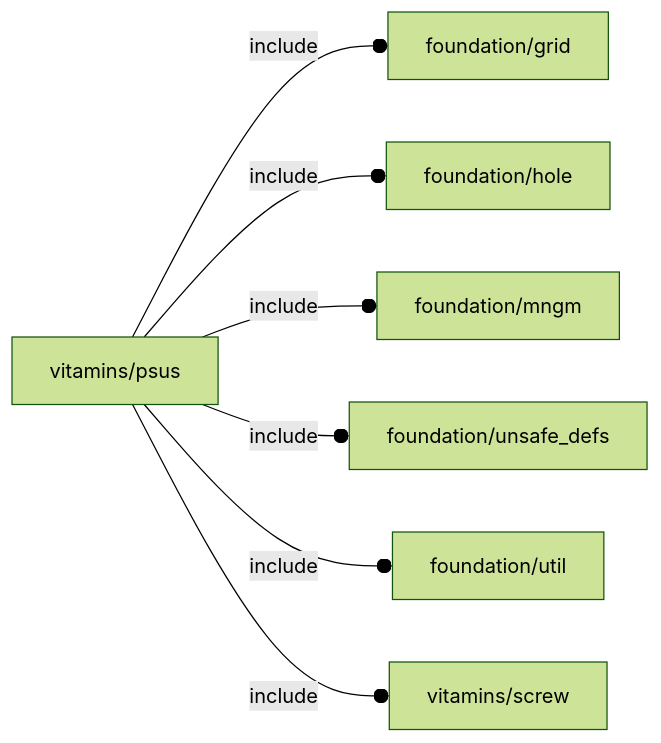
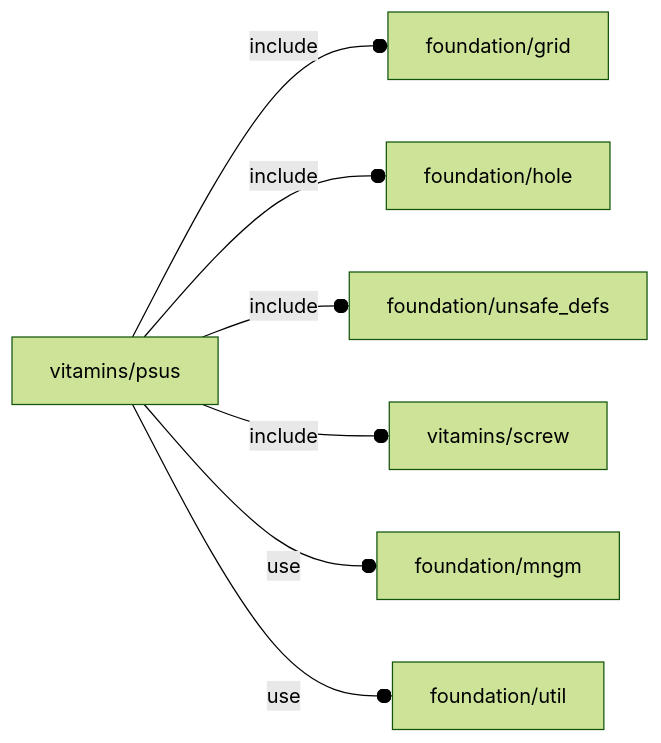
The diagram in orthodocs/vitamins/psus.md (ggabbiani/OFL), drawn with Mermaid (forest theme) before and after one commit. The commit also changed other lines of this file and 74 other files, not shown here.

````diff
--- a/orthodocs/vitamins/psus.md
+++ b/orthodocs/vitamins/psus.md
@@ -5,9 +5,9 @@
 ```mermaid
 graph LR
     A1[vitamins/psus] --o|include| A2[foundation/grid]
     A1 --o|include| A3[foundation/hole]
-    A1 --o|include| A4[foundation/mngm]
-    A1 --o|include| A5[foundation/unsafe_defs]
-    A1 --o|include| A6[foundation/util]
-    A1 --o|include| A7[vitamins/screw]
+    A1 --o|include| A4[foundation/unsafe_defs]
+    A1 --o|include| A5[vitamins/screw]
+    A1 --o|use| A6[foundation/mngm]
+    A1 --o|use| A7[foundation/util]
 ```
````
